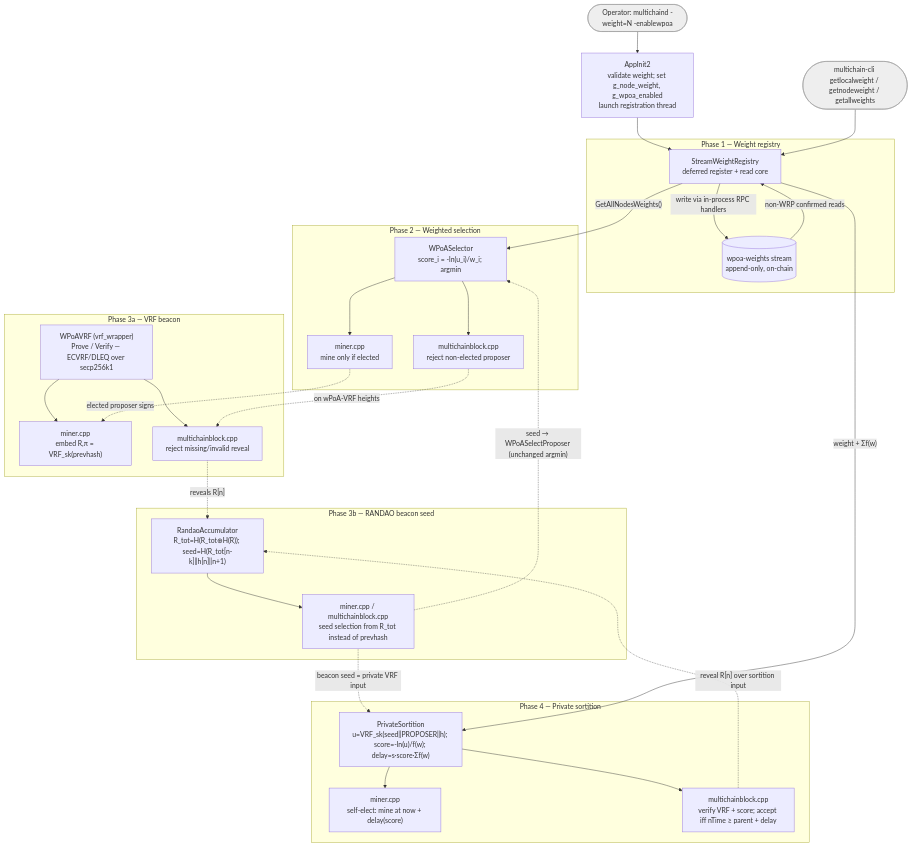
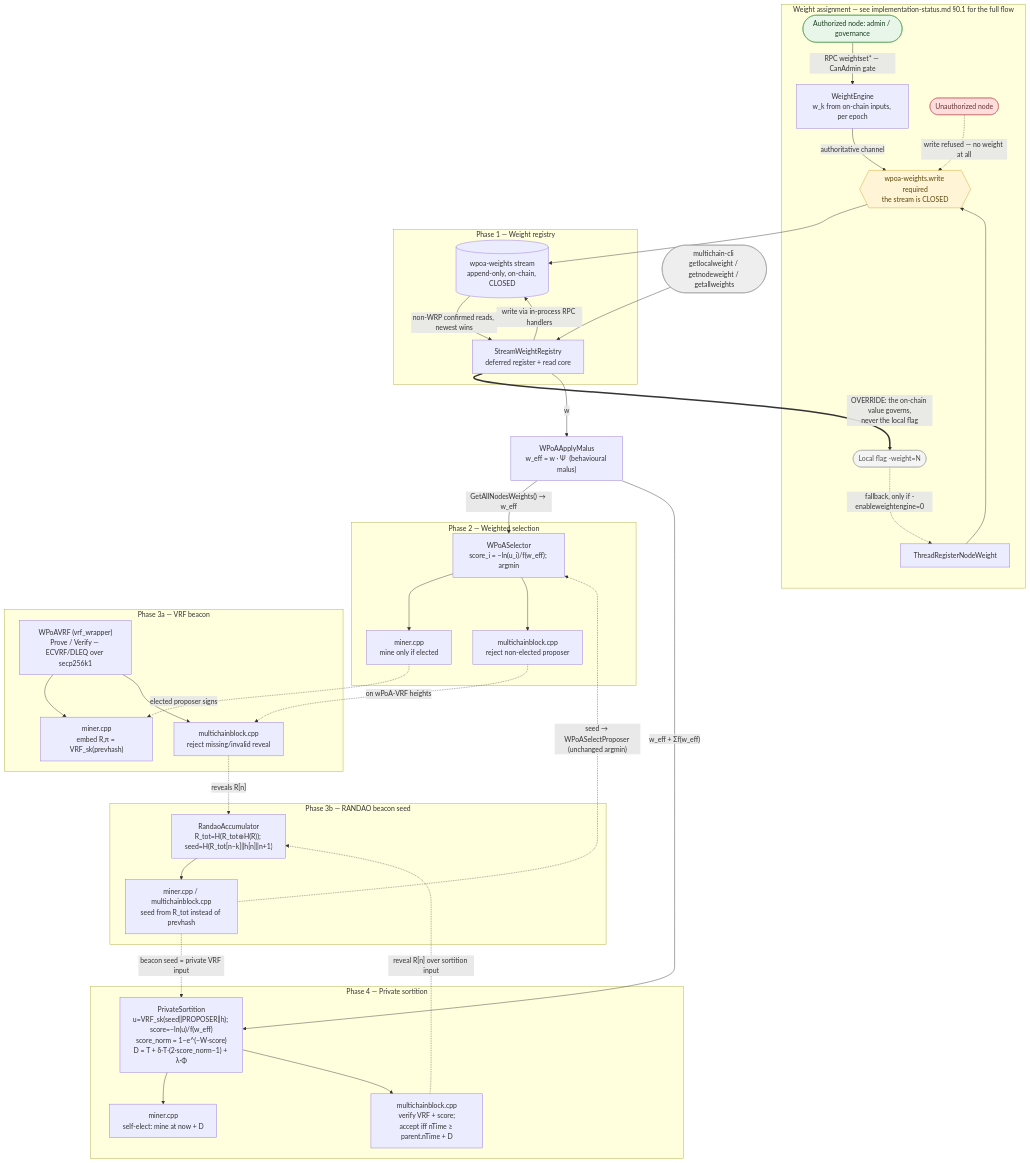
One commit to FeMattu/multichain changed the diagram in src/wpoa/README.md. Above: the diagram before and after it, drawn with Mermaid. The commit also changed 2 other files, not shown here.

First paragraph of the commit message:
docs(wpoa): aggiorna i diagrammi sul flusso reale di assegnazione del peso
Allinea i diagrammi al comportamento verificato nel codice, e applica
il principio di una sola sede per concetto.

````diff
--- a/src/wpoa/README.md
+++ b/src/wpoa/README.md
@@ -134,55 +134,72 @@
 ```mermaid
 flowchart TD
-    OP([Operator: multichaind -weight=N -enablewpoa]):::ext --> INIT
-    INIT["AppInit2<br/>validate weight; set g_node_weight, g_wpoa_enabled<br/>launch registration thread"]
+    subgraph SRC [Weight assignment — see implementation-status.md §0.1 for the full flow]
+        ADM([Authorized node: admin / governance]):::ok
+        ADM -->|"RPC weightset* — CanAdmin gate"| ENG["WeightEngine<br/>w_k from on-chain inputs, per epoch"]
+        OPCLI([Local flag -weight=N]):::weak
+        OPCLI -.->|"fallback, only if -enableweightengine=0"| STATREG["ThreadRegisterNodeWeight"]
+        GATE{{"wpoa-weights.write required<br/>the stream is CLOSED"}}:::gate
+        ENG -->|"authoritative channel"| GATE
+        STATREG --> GATE
+        UNAUTH([Unauthorized node]):::bad -.->|"write refused — no weight at all"| GATE
+    end
 
     subgraph P1 [Phase 1 — Weight registry]
+        STREAM[(wpoa-weights stream<br/>append-only, on-chain, CLOSED)]
         REG["StreamWeightRegistry<br/>deferred register + read core"]
-        STREAM[(wpoa-weights stream<br/>append-only, on-chain)]
         REG -->|write via in-process RPC handlers| STREAM
-        STREAM -->|non-WRP confirmed reads| REG
+        STREAM -->|"non-WRP confirmed reads, newest wins"| REG
     end
 
+    GATE --> STREAM
+    REG ==>|"OVERRIDE: the on-chain value governs,<br/>never the local flag"| OPCLI
+
+    MALUS["WPoAApplyMalus<br/>w_eff = w · Ψ  (behavioural malus)"]
+    REG -->|"w"| MALUS
+
     subgraph P2 [Phase 2 — Weighted selection]
-        SEL["WPoASelector<br/>score_i = -ln(u_i)/w_i; argmin"]
+        SEL["WPoASelector<br/>score_i = −ln(u_i)/f(w_eff); argmin"]
         MINE["miner.cpp<br/>mine only if elected"]
         VAL["multichainblock.cpp<br/>reject non-elected proposer"]
         SEL --> MINE
         SEL --> VAL
     end
 
     subgraph P3A [Phase 3a — VRF beacon]
         VRF["WPoAVRF (vrf_wrapper)<br/>Prove / Verify — ECVRF/DLEQ over secp256k1"]
         MVRF["miner.cpp<br/>embed R,π = VRF_sk(prevhash)"]
         VVRF["multichainblock.cpp<br/>reject missing/invalid reveal"]
         VRF --> MVRF
         VRF --> VVRF
     end
 
     subgraph P3B [Phase 3b — RANDAO beacon seed]
-        RND["RandaoAccumulator<br/>R_tot=H(R_tot⊕H(R)); seed=H(R_tot[n-k]‖h[n]‖n+1)"]
-        RSEED["miner.cpp / multichainblock.cpp<br/>seed selection from R_tot instead of prevhash"]
+        RND["RandaoAccumulator<br/>R_tot=H(R_tot⊕H(R)); seed=H(R_tot[n−k]‖h[n]‖n+1)"]
+        RSEED["miner.cpp / multichainblock.cpp<br/>seed from R_tot instead of prevhash"]
         RND --> RSEED
     end
 
     subgraph P4 [Phase 4 — Private sortition]
-        PS["PrivateSortition<br/>u=VRF_sk(seed‖PROPOSER‖h); score=-ln(u)/f(w); delay=s·score·Σf(w)"]
-        PMINE["miner.cpp<br/>self-elect: mine at now + delay(score)"]
-        PVAL["multichainblock.cpp<br/>verify VRF + score; accept iff nTime ≥ parent + delay"]
+        PS["PrivateSortition<br/>u=VRF_sk(seed‖PROPOSER‖h); score=−ln(u)/f(w_eff)<br/>score_norm = 1−e^(−W·score)<br/>D = T + δ·T·(2·score_norm−1) + λ·Φ"]
+        PMINE["miner.cpp<br/>self-elect: mine at now + D"]
+        PVAL["multichainblock.cpp<br/>verify VRF + score;<br/>accept iff nTime ≥ parent.nTime + D"]
         PS --> PMINE
         PS --> PVAL
     end
 
-    INIT --> REG
-    REG -->|"GetAllNodesWeights()"| SEL
+    MALUS -->|"GetAllNodesWeights() → w_eff"| SEL
+    MALUS -->|"w_eff + Σf(w_eff)"| PS
     MINE -.->|"elected proposer signs"| MVRF
     VAL -.->|"on wPoA-VRF heights"| VVRF
     VVRF -.->|"reveals R[n]"| RND
-    RSEED -.->|"seed &rarr; WPoASelectProposer (unchanged argmin)"| SEL
+    RSEED -.->|"seed → WPoASelectProposer (unchanged argmin)"| SEL
     RSEED -.->|"beacon seed = private VRF input"| PS
-    REG -->|"weight + Σf(w)"| PS
     PVAL -.->|"reveal R[n] over sortition input"| RND
     CLI([multichain-cli getlocalweight / getnodeweight / getallweights]):::ext --> REG
 
-    classDef ext fill:#eee,stroke:#999,color:#333;
+    classDef ext  fill:#eee,stroke:#999,color:#333;
+    classDef ok   fill:#e8f5e9,stroke:#4c9a51,color:#1b3d1f;
+    classDef bad  fill:#fdd,stroke:#c66,color:#633;
+    classDef weak fill:#f4f4f4,stroke:#aaa,color:#555;
+    classDef gate fill:#fff4d6,stroke:#c9a227,color:#5a4708;
 ```
````
